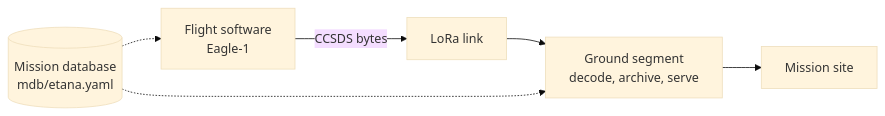
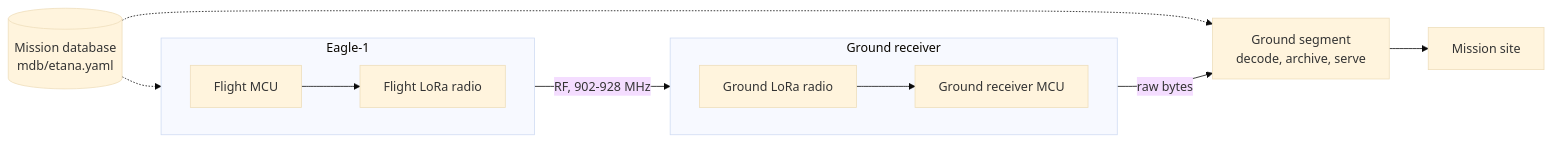
One commit to Ogmar/etana changed the diagram in README.md. Above: the diagram before and after it, drawn with Mermaid (base theme). The commit also changed other lines of this file and 5 other files, not shown here.

First line of the commit message:
Document the ground receiver as a distinct hardware link, not a LoRa cloud

````diff
--- a/README.md
+++ b/README.md
@@ -31,14 +33,23 @@
 ```mermaid
 flowchart LR
     MDB[("Mission database<br/>mdb/etana.yaml")]
 
-    FSW["Flight software<br/>Eagle-1"]
-    TRANSPORT["LoRa link"]
+    subgraph vehicle["Eagle-1"]
+        direction LR
+        FMCU["Flight MCU"] --> FLORA["Flight LoRa radio"]
+    end
+
+    subgraph groundrx["Ground receiver"]
+        direction LR
+        GLORA["Ground LoRa radio"] --> GMCU["Ground receiver MCU"]
+    end
+
     GROUND["Ground segment<br/>decode, archive, serve"]
     SITE["Mission site"]
 
-    FSW -->|"CCSDS bytes"| TRANSPORT --> GROUND --> SITE
+    FLORA -->|"RF, 902-928 MHz"| GLORA
+    GMCU -->|"raw bytes"| GROUND --> SITE
 
-    MDB -.-> FSW
+    MDB -.-> FMCU
     MDB -.-> GROUND
 ```
````
